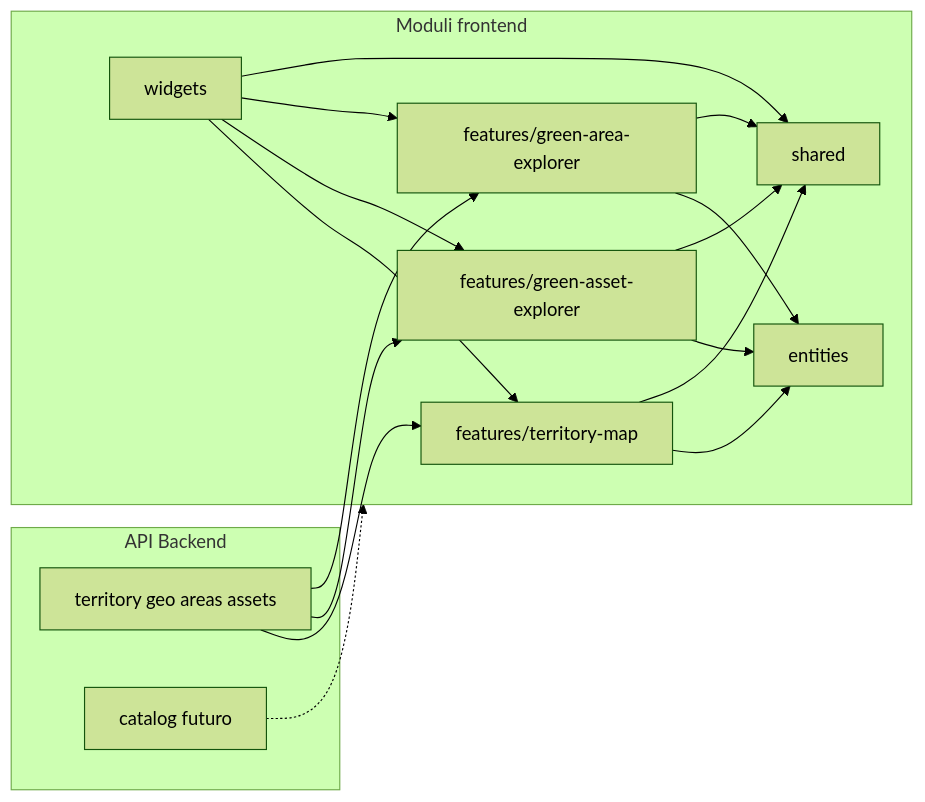
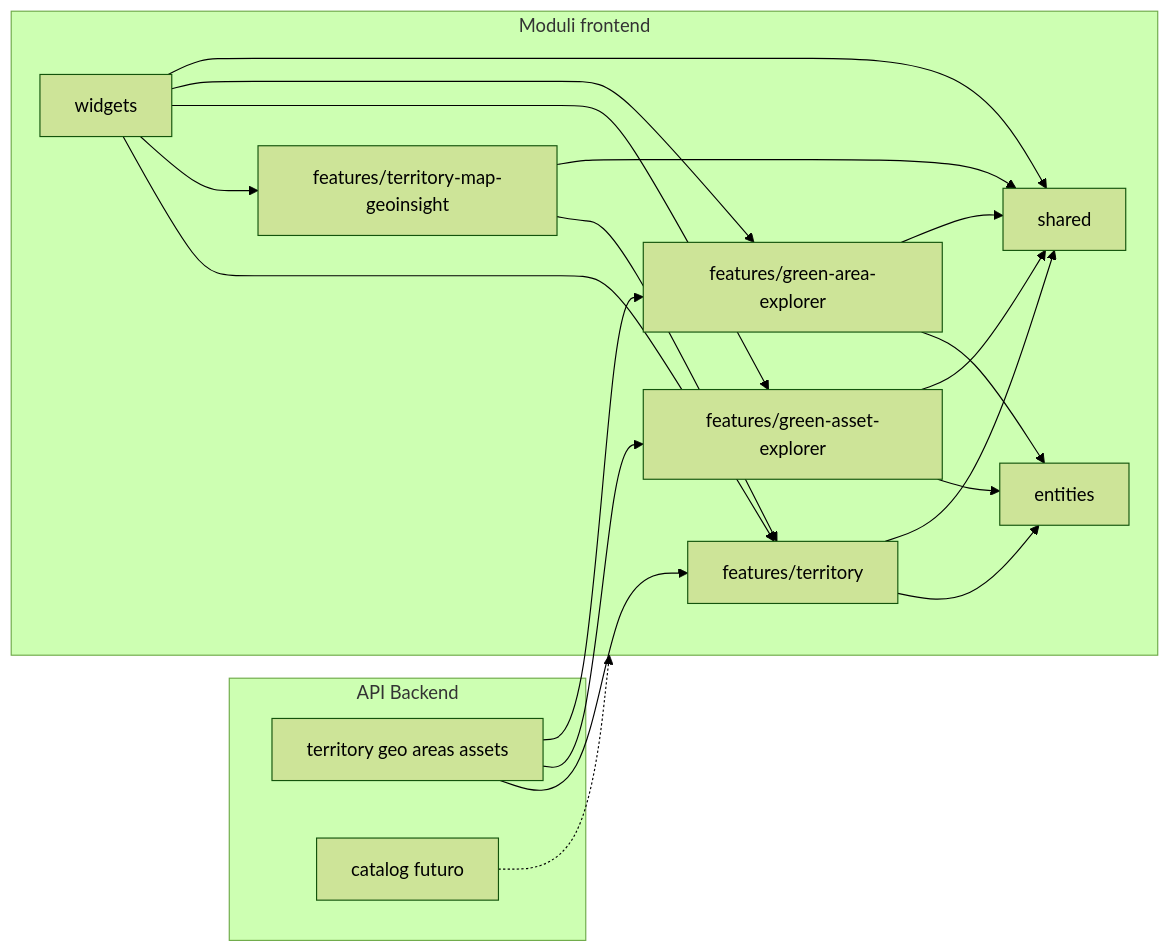
One commit to dany27041991/cadastre changed the first of 3 diagrams in frontend/docs/design/modular-package-structure.md. Above: the diagram before and after it, drawn with Mermaid (forest theme). The commit also changed other lines of this file and 131 other files, not shown here.

````diff
--- a/frontend/docs/design/modular-package-structure.md
+++ b/frontend/docs/design/modular-package-structure.md
@@ -39,33 +40,37 @@
 ```mermaid
 flowchart LR
     subgraph BE["API Backend"]
         territory_api[territory geo areas assets]
         catalog_api["catalog futuro"]
     end
 
     subgraph FE["Moduli frontend"]
-        feat_territory_map[features/territory-map]
+        feat_territory[features/territory]
+        feat_territory_map_gi[features/territory-map-geoinsight]
         feat_green_asset[features/green-asset-explorer]
         feat_green_area[features/green-area-explorer]
         entities[entities]
         shared[shared]
         widgets[widgets]
     end
 
-    territory_api --> feat_territory_map
+    territory_api --> feat_territory
     territory_api --> feat_green_asset
     territory_api --> feat_green_area
     catalog_api -.-> FE
 
-    feat_territory_map --> entities
-    feat_territory_map --> shared
+    feat_territory --> entities
+    feat_territory --> shared
+    feat_territory_map_gi --> feat_territory
+    feat_territory_map_gi --> shared
     feat_green_asset --> entities
     feat_green_asset --> shared
     feat_green_area --> entities
     feat_green_area --> shared
 
-    widgets --> feat_territory_map
+    widgets --> feat_territory
+    widgets --> feat_territory_map_gi
     widgets --> feat_green_asset
     widgets --> feat_green_area
     widgets --> shared
 ```
````
